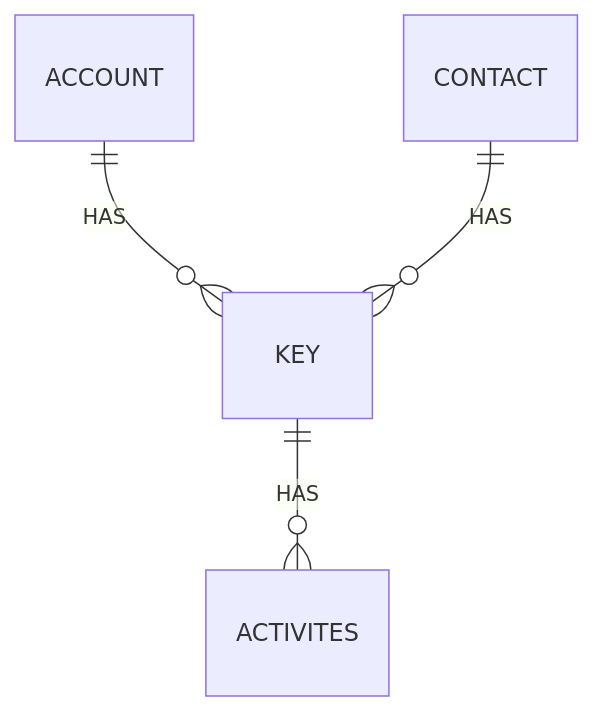
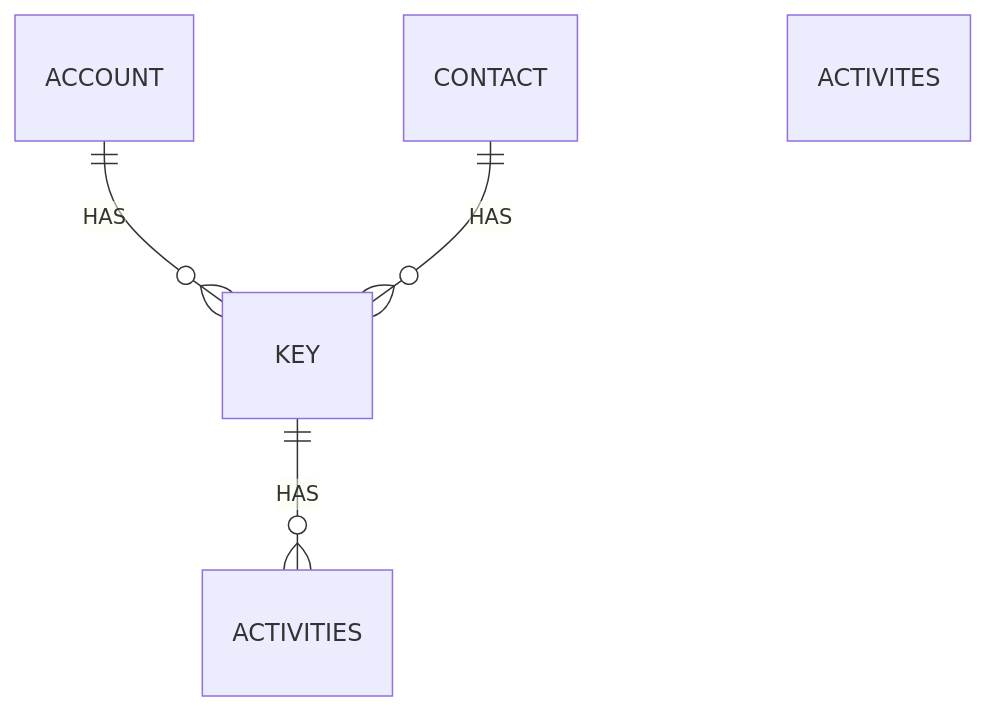
One commit to BenjaminJohn/KeyBox changed the diagram in README.md. Above: the diagram before and after it, drawn with Mermaid.

Commit message:
Update README.md
Typo correction

````diff
--- a/README.md
+++ b/README.md
@@ -34,10 +34,10 @@
 ```mermaid
 erDiagram
 ACCOUNT  {  }
 CONTACT  {  }
 KEY  {  }
 ACTIVITES { }
 ACCOUNT  ||--o{  KEY  :HAS
 CONTACT  ||--o{  KEY  :HAS
-KEY  ||--o{  ACTIVITES  :HAS
+KEY  ||--o{  ACTIVITIES  :HAS
 ```
````
